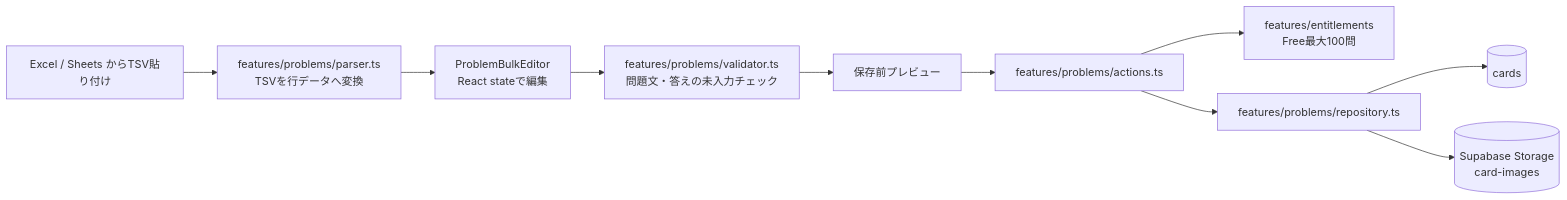
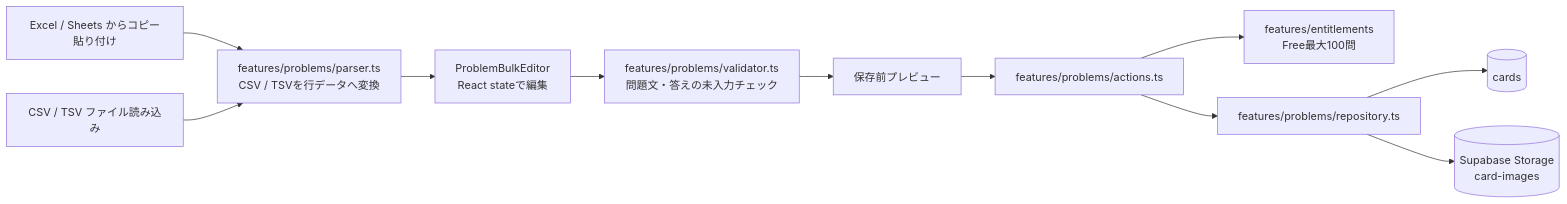
One commit to wawawatamasa0218-cmyk/recall-grid changed the second of 5 diagrams in docs/diagrams/03-feature-flow.md. Above: the diagram before and after it, drawn with Mermaid. The commit also changed other lines of this file and 9 other files, not shown here.

Commit message:
feat: import problems from csv

````diff
--- a/docs/diagrams/03-feature-flow.md
+++ b/docs/diagrams/03-feature-flow.md
@@ -29,22 +29,25 @@
 ```mermaid
 flowchart LR
-  Paste["Excel / Sheets からTSV貼り付け"]
-  Parser["features/problems/parser.ts\nTSVを行データへ変換"]
+  Paste["Excel / Sheets からコピー貼り付け"]
+  CsvFile["CSV / TSV ファイル読み込み"]
+  Parser["features/problems/parser.ts\nCSV / TSVを行データへ変換"]
   Editor["ProblemBulkEditor\nReact stateで編集"]
   Validator["features/problems/validator.ts\n問題文・答えの未入力チェック"]
   Preview["保存前プレビュー"]
   Action["features/problems/actions.ts"]
   Entitlement["features/entitlements\nFree最大100問"]
   Repository["features/problems/repository.ts"]
   DB[("cards")]
   Storage[("Supabase Storage\ncard-images")]
 
-  Paste --> Parser --> Editor
+  Paste --> Parser
+  CsvFile --> Parser
+  Parser --> Editor
   Editor --> Validator
   Validator --> Preview
   Preview --> Action
   Action --> Entitlement
   Action --> Repository
   Repository --> DB
   Repository --> Storage
 ```
````
